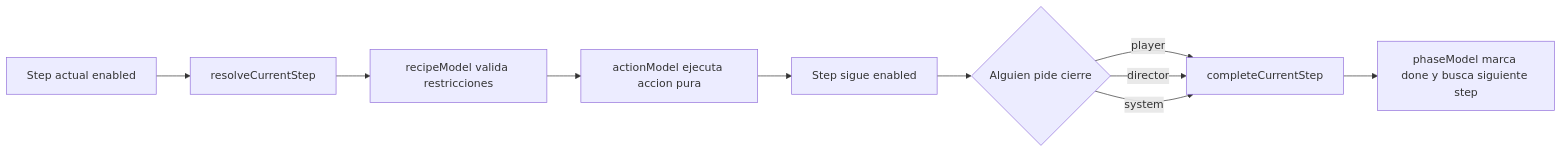
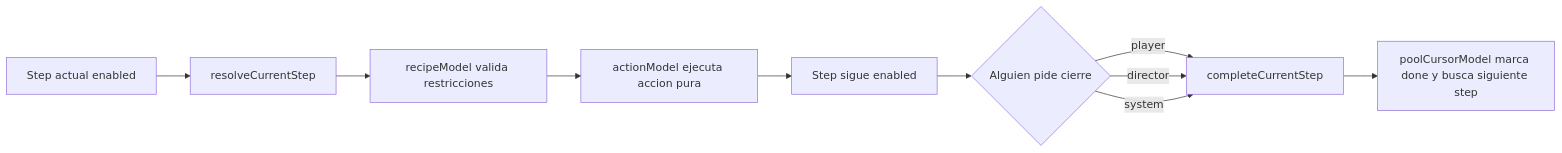
One commit to juanramonmorandeira/castronegro-director changed the sixth of 13 diagrams in docs/engine_flow_map.md. Above: the diagram before and after it, drawn with Mermaid. The commit also changed other lines of this file and 43 other files, not shown here.

````diff
--- a/docs/engine_flow_map.md
+++ b/docs/engine_flow_map.md
@@ -198,12 +253,12 @@
 ```mermaid
 flowchart LR
   A[Step actual enabled] --> B[resolveCurrentStep]
   B --> C[recipeModel valida restricciones]
   C --> D[actionModel ejecuta accion pura]
   D --> E[Step sigue enabled]
   E --> F{Alguien pide cierre}
   F -->|player| G[completeCurrentStep]
   F -->|director| G
   F -->|system| G
-  G --> H[phaseModel marca done y busca siguiente step]
+  G --> H[poolCursorModel marca done y busca siguiente step]
 ```
````
